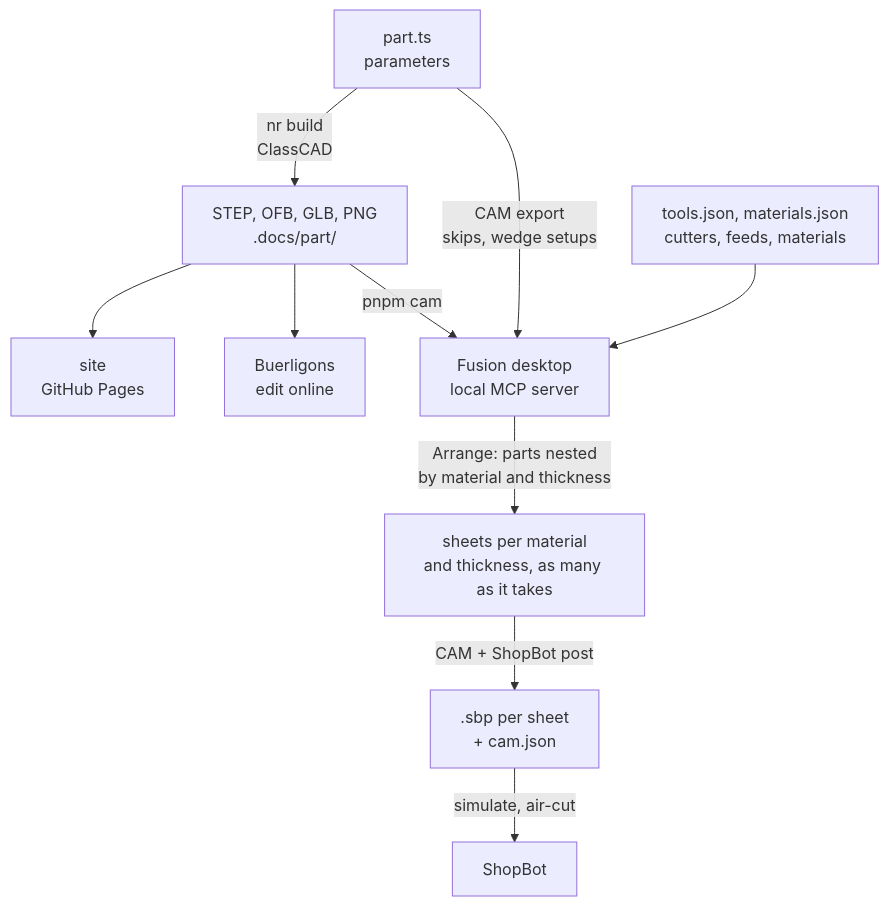
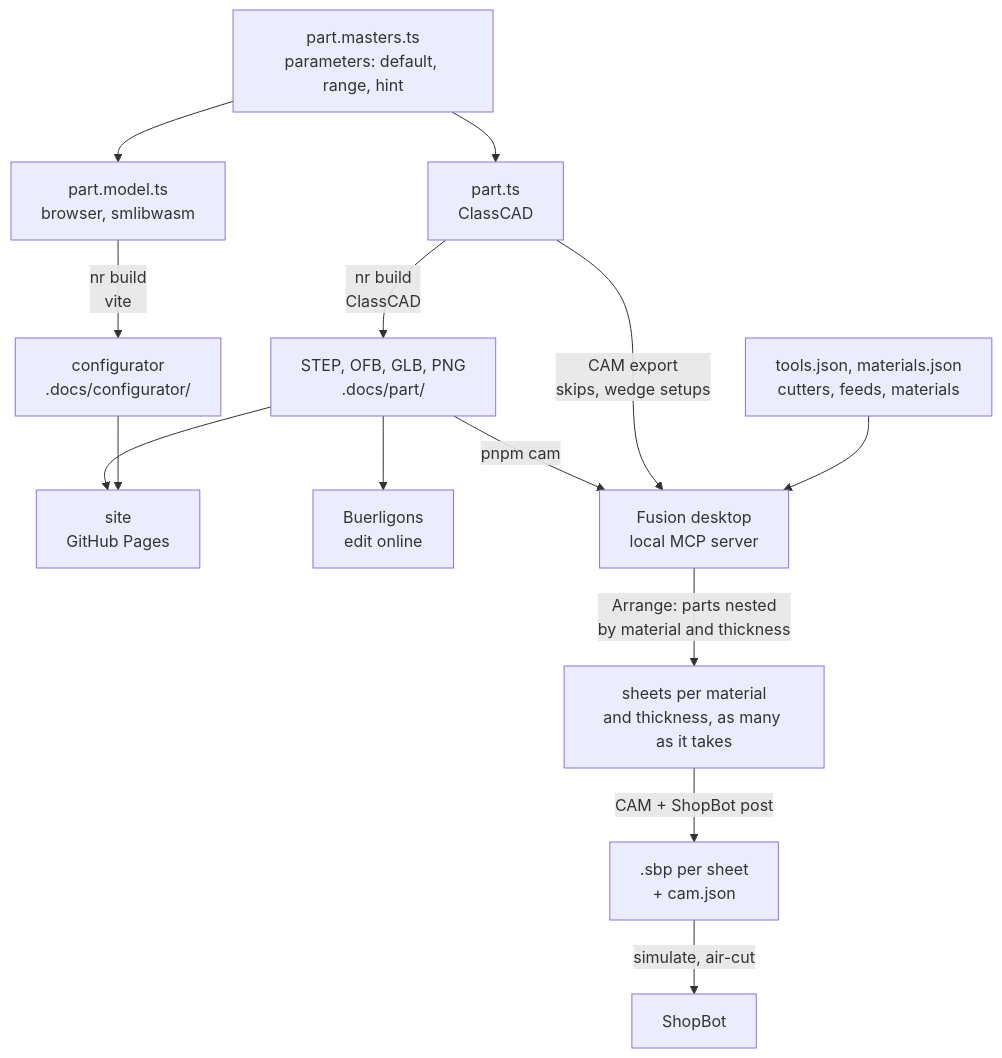
Before and after one commit to abernier/integral: the diagram in README.md, drawn with Mermaid. The commit also changed other lines of this file and 14 other files, not shown here.

First line of the commit message:
Configurator: review fixes, masters shared with the ClassCAD parts

````diff
--- a/README.md
+++ b/README.md
@@ -53,12 +53,16 @@
 ```mermaid
 flowchart TD
-  ts["part.ts<br/>parameters"] -->|nr build<br/>ClassCAD| out["STEP, OFB, GLB, PNG<br/>.docs/part/"]
+  masters["part.masters.ts<br/>parameters: default, range, hint"] --> ts["part.ts<br/>ClassCAD"]
+  masters --> model["part.model.ts<br/>browser, smlibwasm"]
+  ts -->|nr build<br/>ClassCAD| out["STEP, OFB, GLB, PNG<br/>.docs/part/"]
+  model -->|nr build<br/>vite| cfg["configurator<br/>.docs/configurator/"]
   out --> site["site<br/>GitHub Pages"]
+  cfg --> site
   out --> bl["Buerligons<br/>edit online"]
   out -->|pnpm cam| fusion["Fusion desktop<br/>local MCP server"]
   ts -->|CAM export<br/>skips, wedge setups| fusion
   tools["tools.json, materials.json<br/>cutters, feeds, materials"] --> fusion
   fusion -->|Arrange: parts nested<br/>by material and thickness| sheets["sheets per material<br/>and thickness, as many as it takes"]
   sheets -->|CAM + ShopBot post| sbp[".sbp per sheet<br/>+ cam.json"]
   sbp -->|simulate, air-cut| shopbot["ShopBot"]
 ```
````
